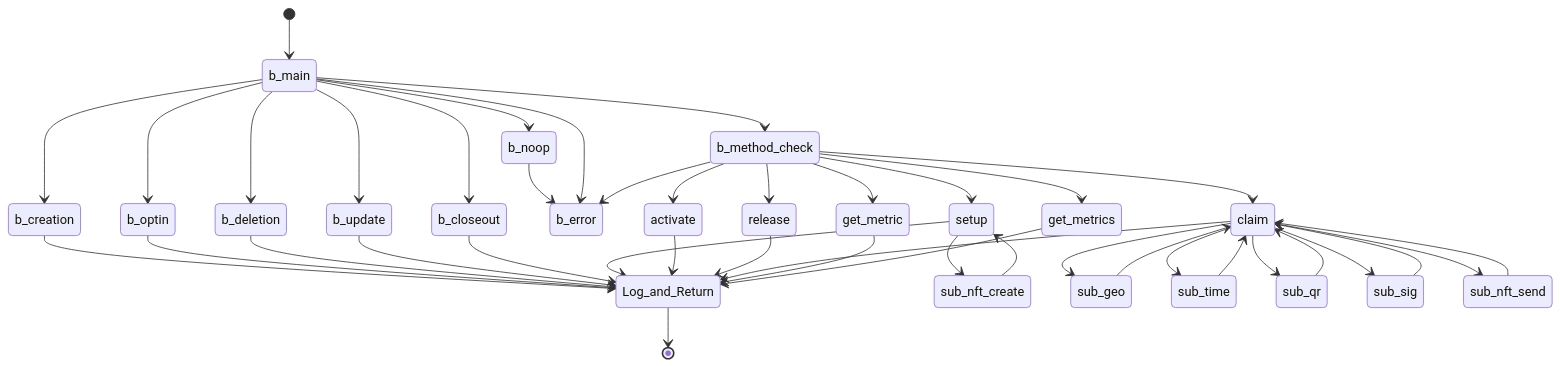
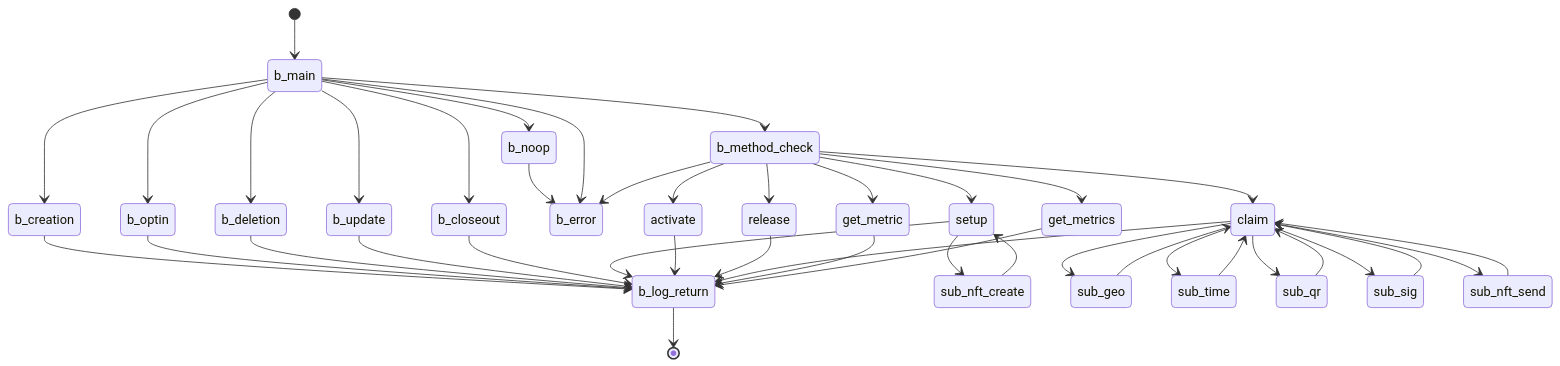
One commit to GoPlausible/.github changed the ninth of 10 diagrams in profile/README.md. Above: the diagram before and after it, drawn with Mermaid.

````diff
--- a/profile/README.md
+++ b/profile/README.md
@@ -458,58 +458,58 @@
 ```mermaid
   stateDiagram-v2
     [*] --> b_main
     b_main --> b_method_check
     b_main --> b_creation
-    b_creation --> Log_and_Return
+    b_creation --> b_log_return
     b_main --> b_optin
-    b_optin --> Log_and_Return
+    b_optin --> b_log_return
     b_main --> b_deletion
-    b_deletion --> Log_and_Return
+    b_deletion --> b_log_return
     b_main --> b_update
-    b_update --> Log_and_Return
+    b_update --> b_log_return
     b_main --> b_closeout
-    b_closeout --> Log_and_Return
+    b_closeout --> b_log_return
 
  
     b_main --> b_noop
     
     b_noop --> b_error
     b_main --> b_error
   
 
     b_method_check --> setup
     setup --> sub_nft_create
     sub_nft_create --> setup
-    setup --> Log_and_Return
+    setup --> b_log_return
 
     b_method_check --> activate
-    activate --> Log_and_Return
+    activate --> b_log_return
 
     b_method_check --> release
-    release --> Log_and_Return
+    release --> b_log_return
 
     b_method_check --> claim
     claim --> sub_geo
     sub_geo --> claim
     claim --> sub_time
     sub_time --> claim
     claim --> sub_qr
     sub_qr --> claim
     claim --> sub_sig
     sub_sig --> claim
     claim --> sub_nft_send
     sub_nft_send --> claim
-    claim --> Log_and_Return
+    claim --> b_log_return
 
   
     b_method_check --> get_metric
-    get_metric --> Log_and_Return
+    get_metric --> b_log_return
     
   
     b_method_check --> get_metrics
-    get_metrics --> Log_and_Return
+    get_metrics --> b_log_return
     b_method_check --> b_error
     
-    Log_and_Return --> [*]
+    b_log_return --> [*]
     
 ```
````
